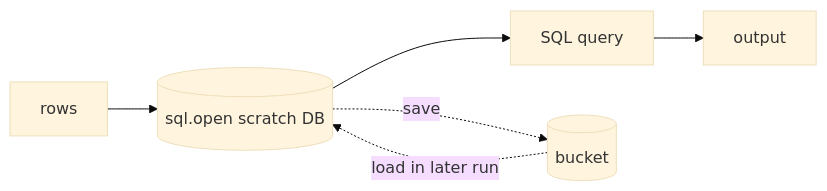
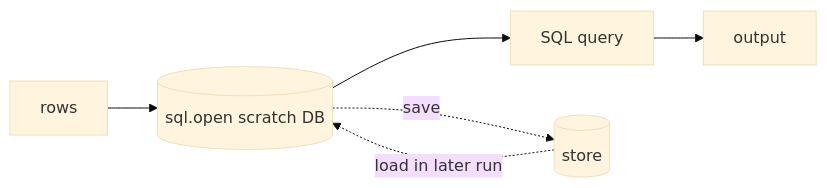
One commit to vivainio/integraal changed diagram 11 of 16 in docs/patterns.md. Above: the diagram before and after it, drawn with Mermaid (base theme). The commit also changed other lines of this file and 67 other files, not shown here.

First line of the commit message:
Rename the bucket concept to store: native.store, stores config, store events

````diff
--- a/docs/patterns.md
+++ b/docs/patterns.md
@@ -130,6 +130,6 @@
 ```mermaid
 flowchart LR
     R[rows] --> D[(sql.open scratch DB)] --> Q[SQL query] --> O[output]
-    D -. save .-> B[(bucket)]
+    D -. save .-> B[(store)]
     B -. load in later run .-> D
 ```
````
